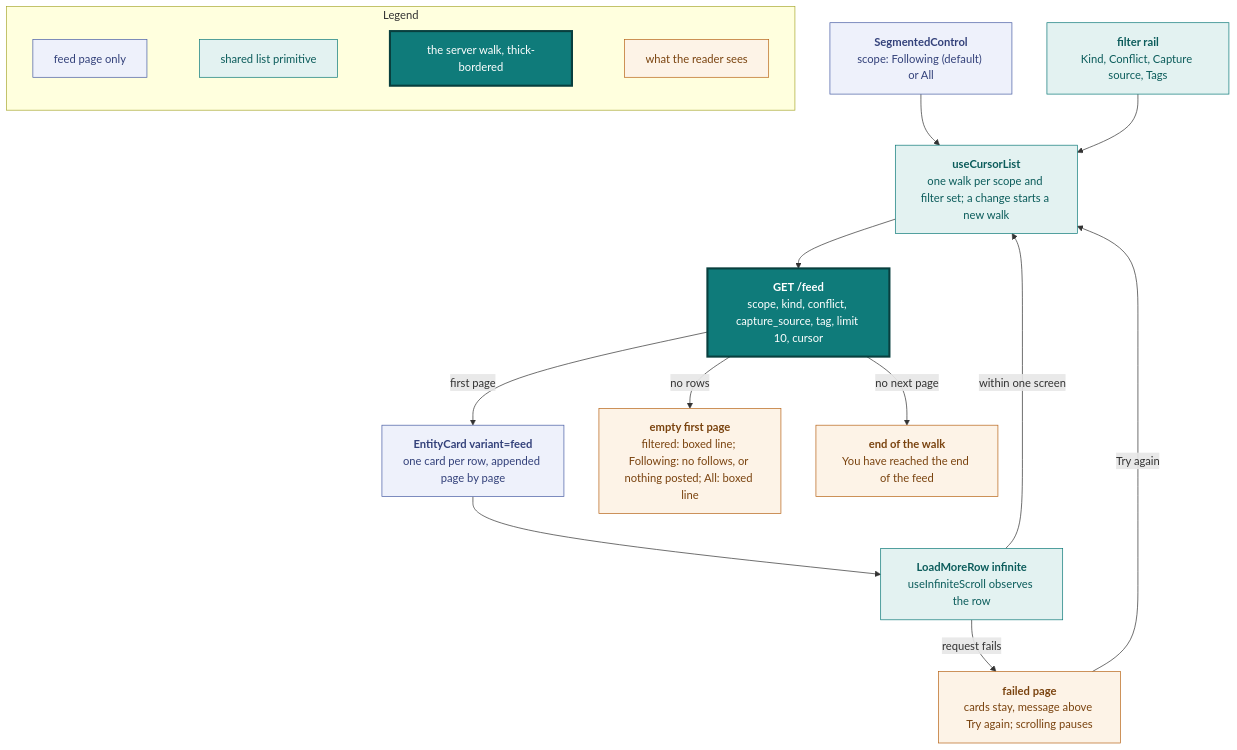
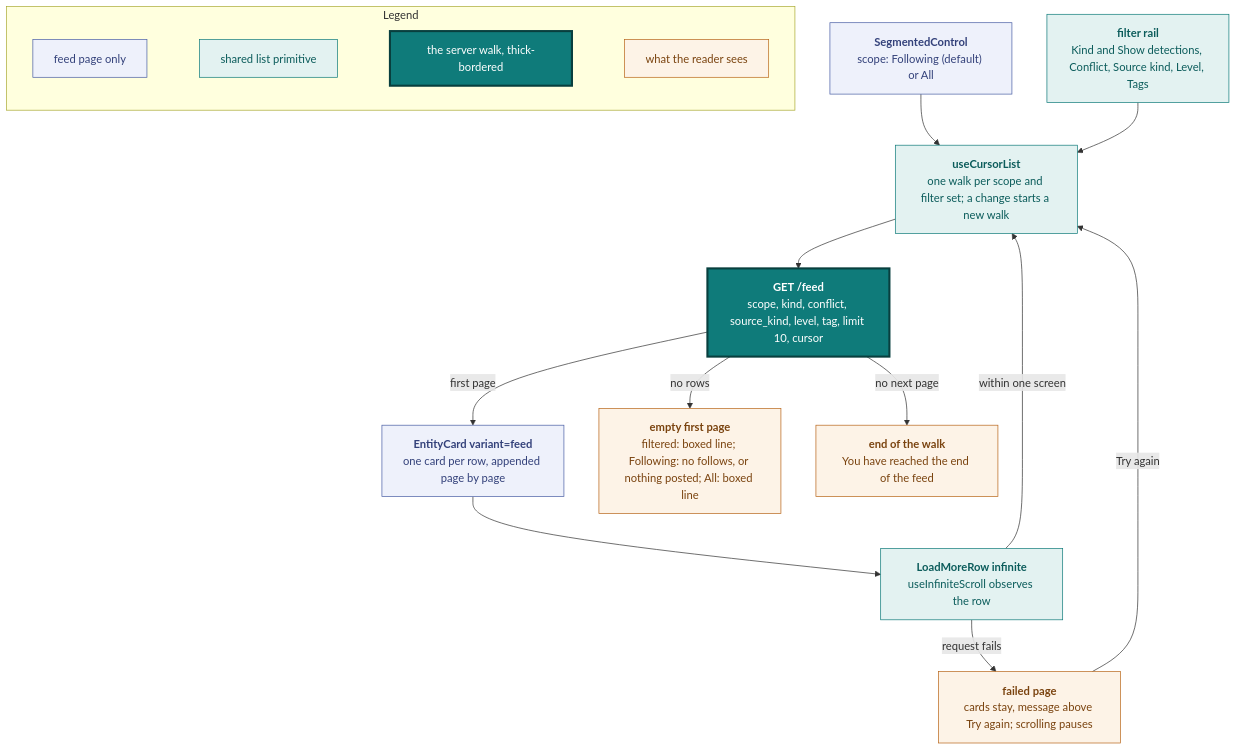
One commit to vidithq/vidit changed diagram 12 of 16 in docs/design.md. Above: the diagram before and after it, drawn with Mermaid. The commit also changed other lines of this file and 617 other files, not shown here.

````diff
--- a/docs/design.md
+++ b/docs/design.md
@@ -838,46 +1139,46 @@
 ```mermaid
 flowchart TB
   classDef page fill:#eef1fb,stroke:#4a5fa5,color:#33417a
   classDef shared fill:#e3f2f1,stroke:#0f7b7a,color:#0b5c5b
   classDef core fill:#0f7b7a,stroke:#083f3e,stroke-width:3px,color:#ffffff
   classDef state fill:#fdf3e7,stroke:#b8661a,color:#7a430f
 
   subgraph legend [Legend]
     direction LR
     l1["`feed page only`"]:::page
     l2["`shared list primitive`"]:::shared
     l3["`the server walk, thick-bordered`"]:::core
     l4["`what the reader sees`"]:::state
     l1 ~~~ l2 ~~~ l3 ~~~ l4
   end
 
   toggle["`**SegmentedControl**
   scope: Following (default) or All`"]:::page
   filters["`**filter rail**
-  Kind, Conflict, Capture source, Tags`"]:::shared
+  Kind and Show detections, Conflict, Source kind, Level, Tags`"]:::shared
   walk["`**useCursorList**
   one walk per scope and filter set; a change starts a new walk`"]:::shared
   api["`**GET /feed**
-  scope, kind, conflict, capture_source, tag, limit 10, cursor`"]:::core
+  scope, kind, conflict, source_kind, level, tag, limit 10, cursor`"]:::core
   cards["`**EntityCard variant=feed**
   one card per row, appended page by page`"]:::page
   row["`**LoadMoreRow infinite**
   useInfiniteScroll observes the row`"]:::shared
 
   empty["`**empty first page**
   filtered: boxed line; Following: no follows, or nothing posted; All: boxed line`"]:::state
   failed["`**failed page**
   cards stay, message above Try again; scrolling pauses`"]:::state
   done["`**end of the walk**
   You have reached the end of the feed`"]:::state
 
   toggle --> walk --> api
   filters --> walk
   api -->|first page| cards
   api -->|no rows| empty
   cards --> row
   row -->|within one screen| walk
   row -->|request fails| failed
   failed -->|Try again| walk
   api -->|no next page| done
 ```
````
